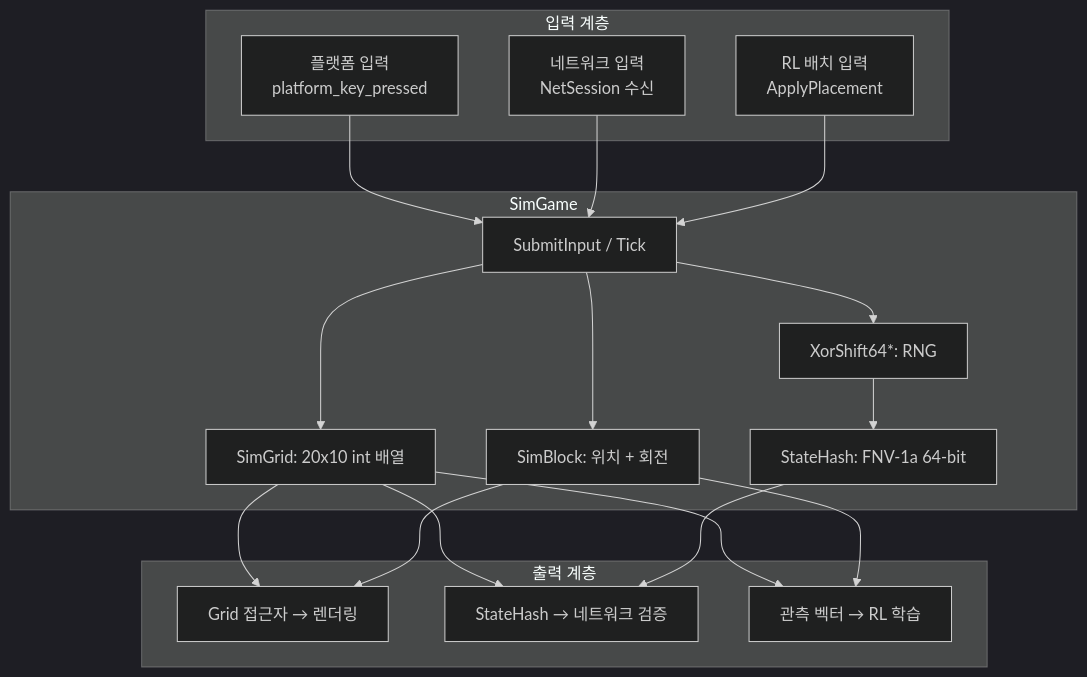
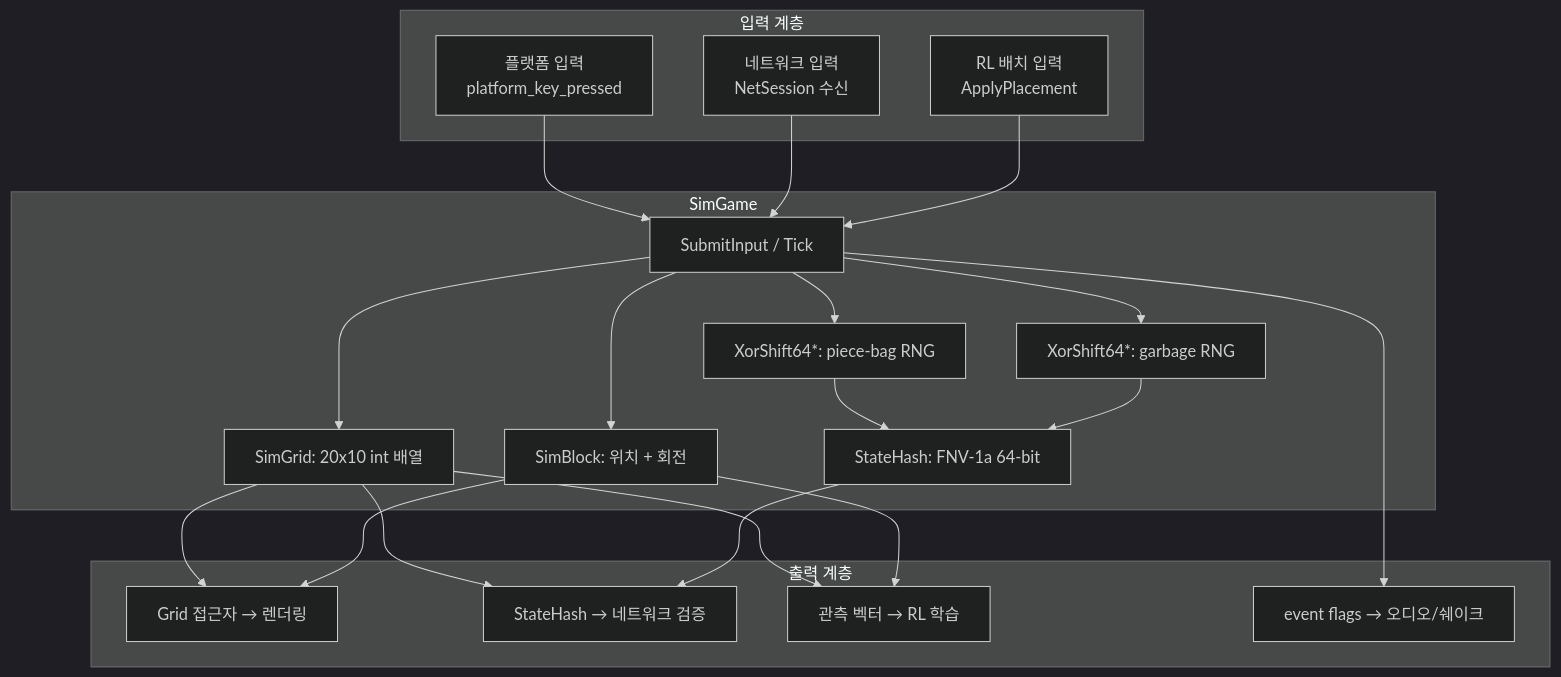
One commit to Rein-ArXiv/Tetris-Multiplayer-RL changed the first of 8 diagrams in docs/blog/part3-tetris-logic.md. Above: the diagram before and after it, drawn with Mermaid (dark theme). The commit also changed other lines of this file and 65 other files, not shown here.

````diff
--- a/docs/blog/part3-tetris-logic.md
+++ b/docs/blog/part3-tetris-logic.md
@@ -26,29 +26,33 @@
 ```mermaid
 graph TB
     subgraph "입력 계층"
         A[플랫폼 입력<br/>platform_key_pressed]
         B[네트워크 입력<br/>NetSession 수신]
         C[RL 배치 입력<br/>ApplyPlacement]
     end
     subgraph "SimGame"
         D[SubmitInput / Tick]
         E[SimGrid: 20x10 int 배열]
         F[SimBlock: 위치 + 회전]
-        G[XorShift64*: RNG]
+        G[XorShift64*: piece-bag RNG]
+        G2[XorShift64*: garbage RNG]
         H[StateHash: FNV-1a 64-bit]
     end
     subgraph "출력 계층"
         I[Grid 접근자 → 렌더링]
         J[StateHash → 네트워크 검증]
         K[관측 벡터 → RL 학습]
+        L[event flags → 오디오/쉐이크]
     end
 
     A --> D
     B --> D
     C --> D
-    D --> E & F & G
+    D --> E & F & G & G2
     E --> I & J & K
     F --> I & K
     G --> H
+    G2 --> H
     H --> J
+    D --> L
 ```
````
